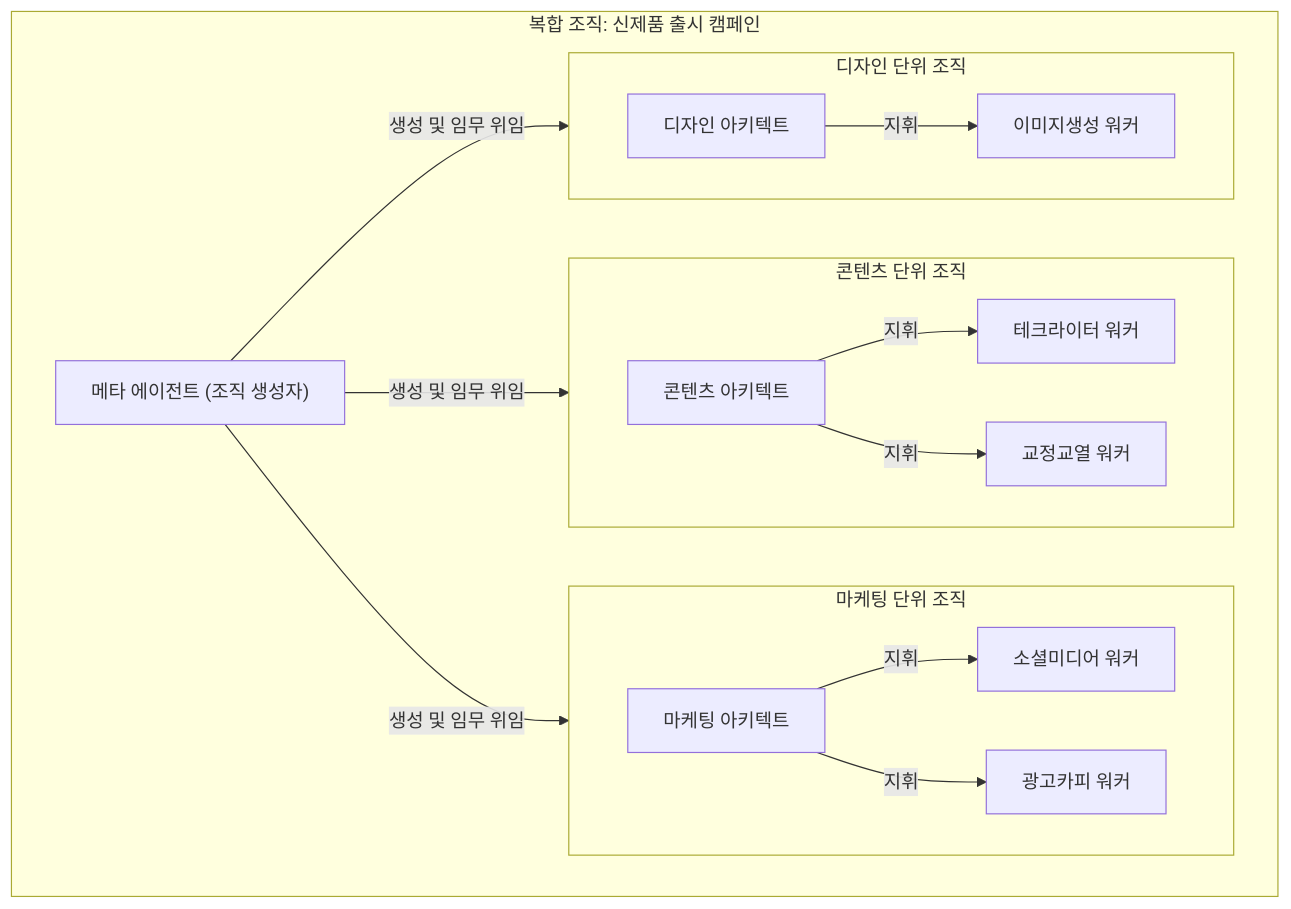
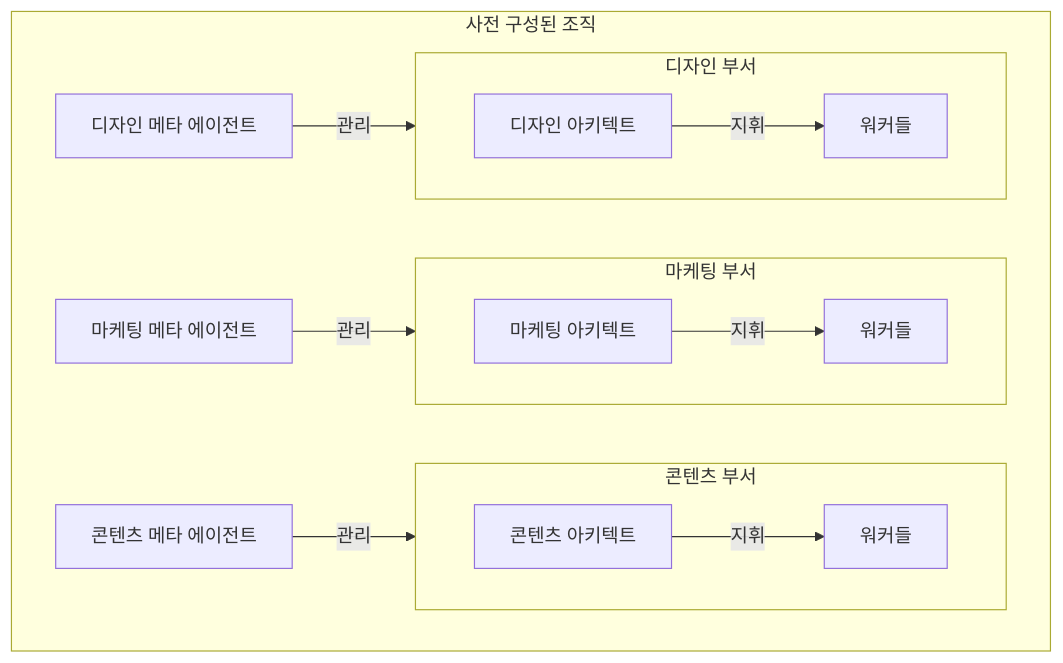
Before and after one commit to wooxist/ai-instructions: the first of 2 diagrams in book/11-3-complex-organization.md, drawn with Mermaid. The commit also changed other lines of this file and 2 other files, not shown here.

Commit message:
refactor: Improve clarity and structure in advanced collaboration architecture and unit organization chapters

````diff
--- a/book/11-3-complex-organization.md
+++ b/book/11-3-complex-organization.md
@@ -39,27 +37,23 @@
 ```mermaid
 graph TD
-    subgraph "복합 조직: 신제품 출시 캠페인"
-        Meta["메타 에이전트 (조직 생성자)"]
+    subgraph "사전 구성된 조직"
+        M1["마케팅 메타 에이전트"] -- "관리" --> Marketing_Team
+        M2["콘텐츠 메타 에이전트"] -- "관리" --> Content_Team
+        M3["디자인 메타 에이전트"] -- "관리" --> Design_Team
 
-        subgraph "마케팅 단위 조직"
+        subgraph Marketing_Team [마케팅 부서]
             direction LR
-            Marketing_A["마케팅 아키텍트"] -- "지휘" --> Marketing_W1["소셜미디어 워커"]
-            Marketing_A -- "지휘" --> Marketing_W2["광고카피 워커"]
+            Marketing_A["마케팅 아키텍트"] -- "지휘" --> Marketing_W["워커들"]
         end
 
-        subgraph "콘텐츠 단위 조직"
+        subgraph Content_Team [콘텐츠 부서]
             direction LR
-            Content_A["콘텐츠 아키텍트"] -- "지휘" --> Content_W1["테크라이터 워커"]
-            Content_A -- "지휘" --> Content_W2["교정교열 워커"]
+            Content_A["콘텐츠 아키텍트"] -- "지휘" --> Content_W["워커들"]
         end
 
-        subgraph "디자인 단위 조직"
+        subgraph Design_Team [디자인 부서]
             direction LR
-            Design_A["디자인 아키텍트"] -- "지휘" --> Design_W1["이미지생성 워커"]
+            Design_A["디자인 아키텍트"] -- "지휘" --> Design_W["워커들"]
         end
-
-        Meta -- "생성 및 임무 위임" --> Marketing_A
-        Meta -- "생성 및 임무 위임" --> Content_A
-        Meta -- "생성 및 임무 위임" --> Design_A
     end
 ```
````
